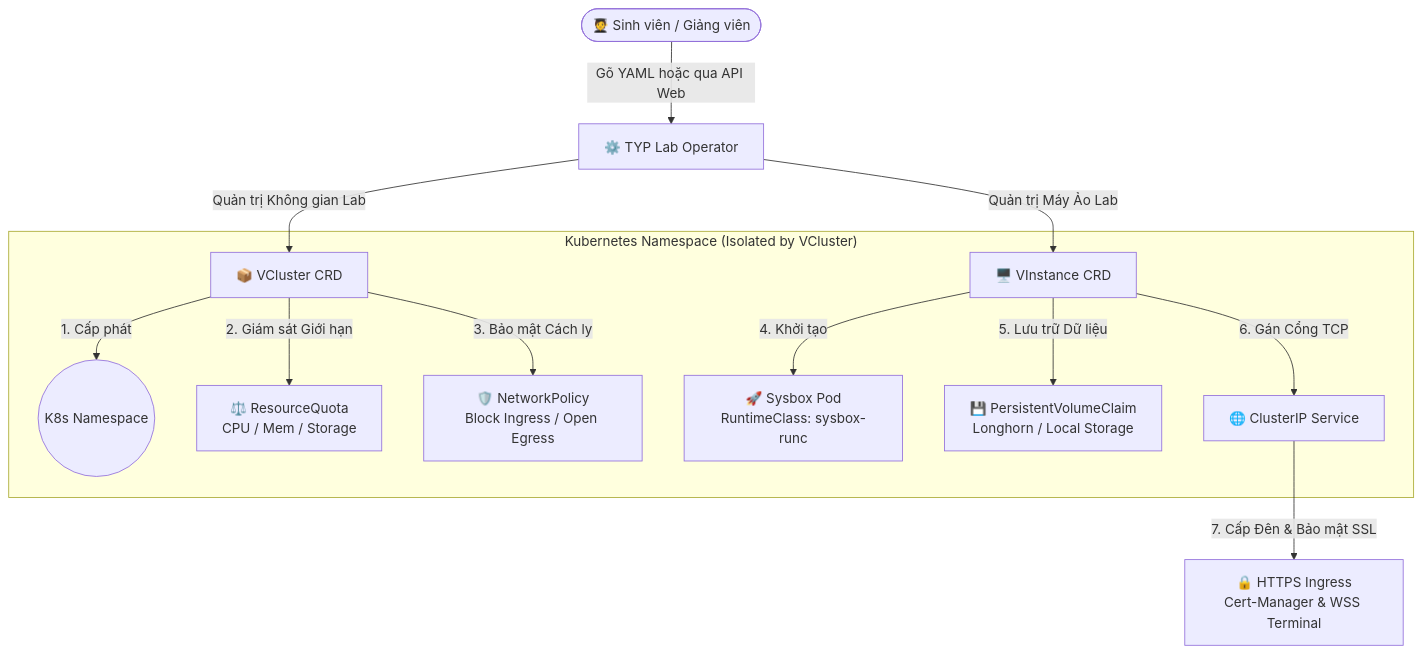
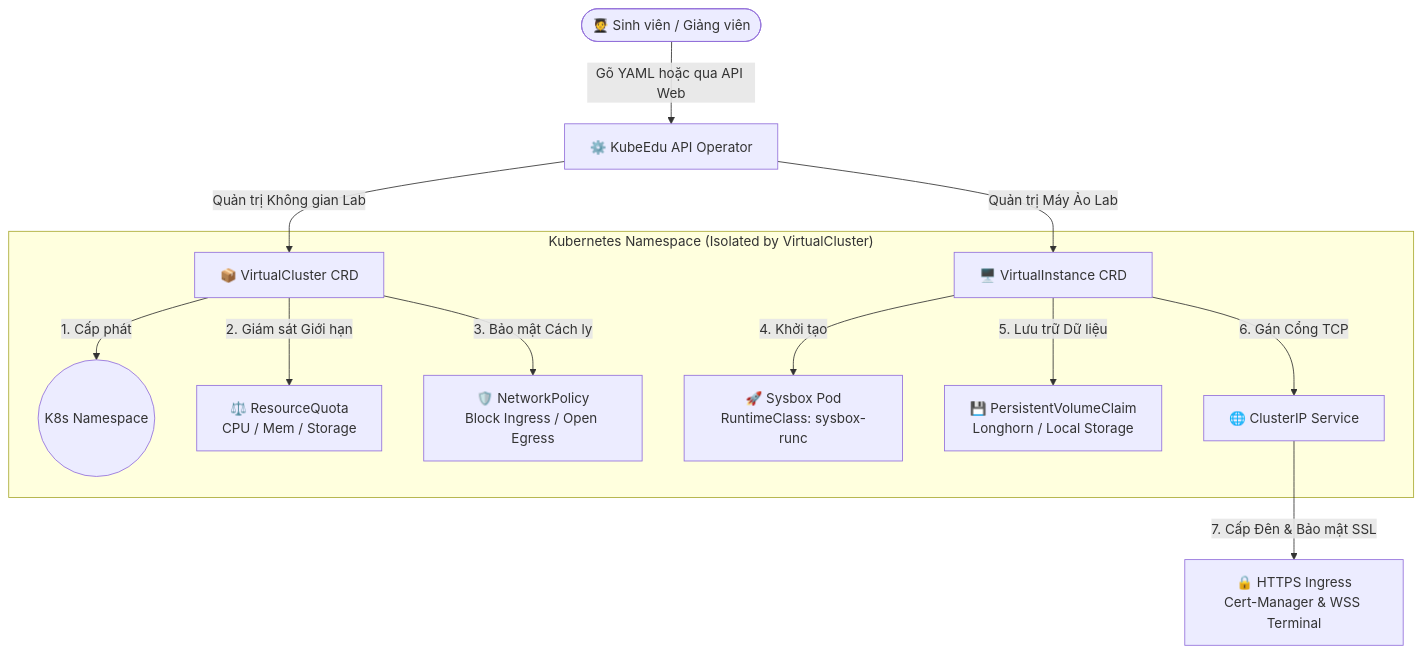
The diagram in README.md (NggThuHa/sandbox-operator), drawn with Mermaid before and after one commit. The commit also changed other lines of this file and 6009 other files, not shown here.

````diff
--- a/README.md
+++ b/README.md
@@ -15,18 +15,18 @@
 ```mermaid
 graph TD
-    User([🧑‍🎓 Sinh viên / Giảng viên]) -->|Gõ YAML hoặc qua API Web| Operator[⚙️ TYP Lab Operator]
-    Operator -->|Quản trị Không gian Lab| VC[📦 VCluster CRD]
-    Operator -->|Quản trị Máy Ảo Lab| VI[🖥️ VInstance CRD]
+    User([🧑‍🎓 Sinh viên / Giảng viên]) -->|Gõ YAML hoặc qua API Web| Operator[⚙️ KubeEdu API Operator]
+    Operator -->|Quản trị Không gian Lab| VC[📦 VirtualCluster CRD]
+    Operator -->|Quản trị Máy Ảo Lab| VI[🖥️ VirtualInstance CRD]
 
-    subgraph "Kubernetes Namespace (Isolated by VCluster)"
+    subgraph "Kubernetes Namespace (Isolated by VirtualCluster)"
         VC -->|1. Cấp phát| NS((K8s Namespace))
         VC -->|2. Giám sát Giới hạn| RQ[⚖️ ResourceQuota<br/>CPU / Mem / Storage]
         VC -->|3. Bảo mật Cách ly| NP[🛡️ NetworkPolicy<br/>Block Ingress / Open Egress]
         
         VI -->|4. Khởi tạo| Pod[🚀 Sysbox Pod<br/>RuntimeClass: sysbox-runc]
         VI -->|5. Lưu trữ Dữ liệu| PVC[💾 PersistentVolumeClaim<br/>Longhorn / Local Storage]
         VI -->|6. Gán Cổng TCP| SVC[🌐 ClusterIP Service]
     end
 
     SVC -->|7. Cấp Đên & Bảo mật SSL| ING[🔒 HTTPS Ingress<br/>Cert-Manager & WSS Terminal]
 ```
````
